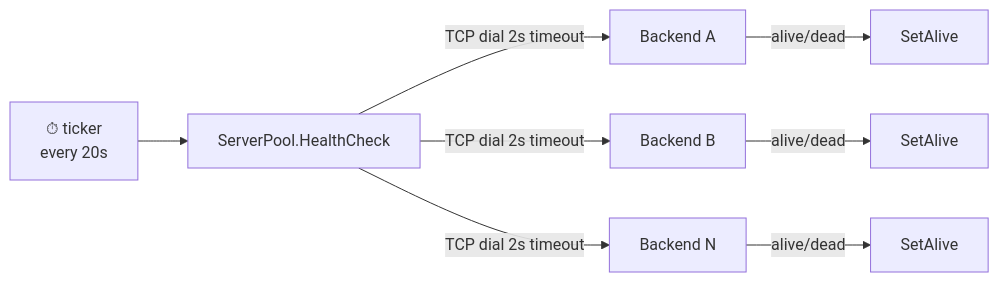
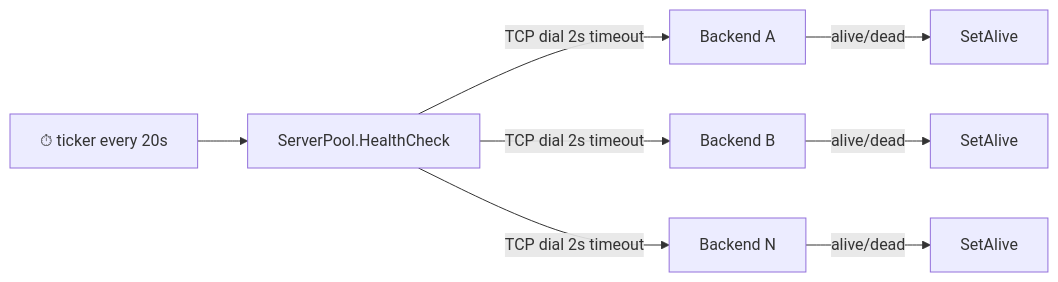
Before and after one commit to pablo-maff/lb: the second of 3 diagrams in docs/diagram.md, drawn with Mermaid. The commit also changed other lines of this file, not shown here.

Commit message:
fix: Mermaid syntax errors — subgraph/node ID clash and classDiagram pointer types

````diff
--- a/docs/diagram.md
+++ b/docs/diagram.md
@@ -30,10 +30,10 @@
 ```mermaid
 flowchart LR
-    Ticker[⏱ ticker\nevery 20s] --> HC[ServerPool.HealthCheck]
+    Ticker["⏱ ticker every 20s"] --> HC[ServerPool.HealthCheck]
     HC -->|TCP dial 2s timeout| B1[Backend A]
     HC -->|TCP dial 2s timeout| B2[Backend B]
     HC -->|TCP dial 2s timeout| B3[Backend N]
     B1 -->|alive/dead| Flag1[SetAlive]
     B2 -->|alive/dead| Flag2[SetAlive]
     B3 -->|alive/dead| Flag3[SetAlive]
 ```
````
